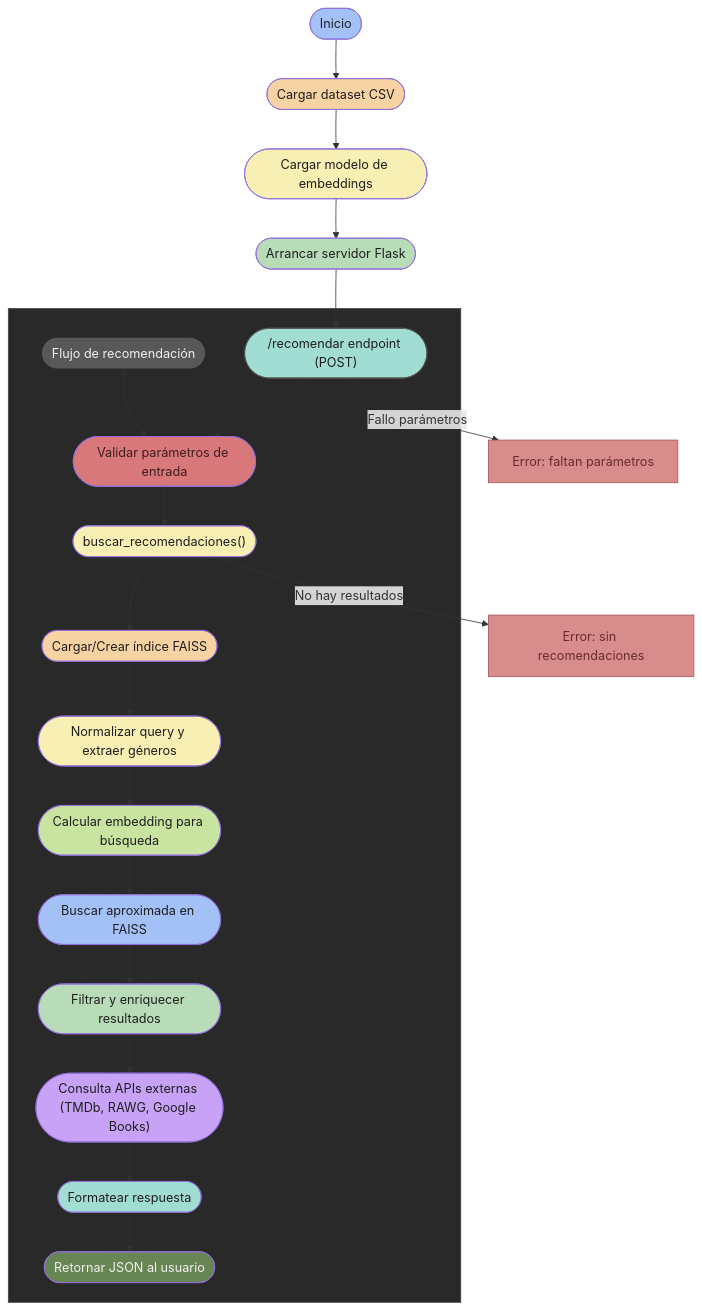
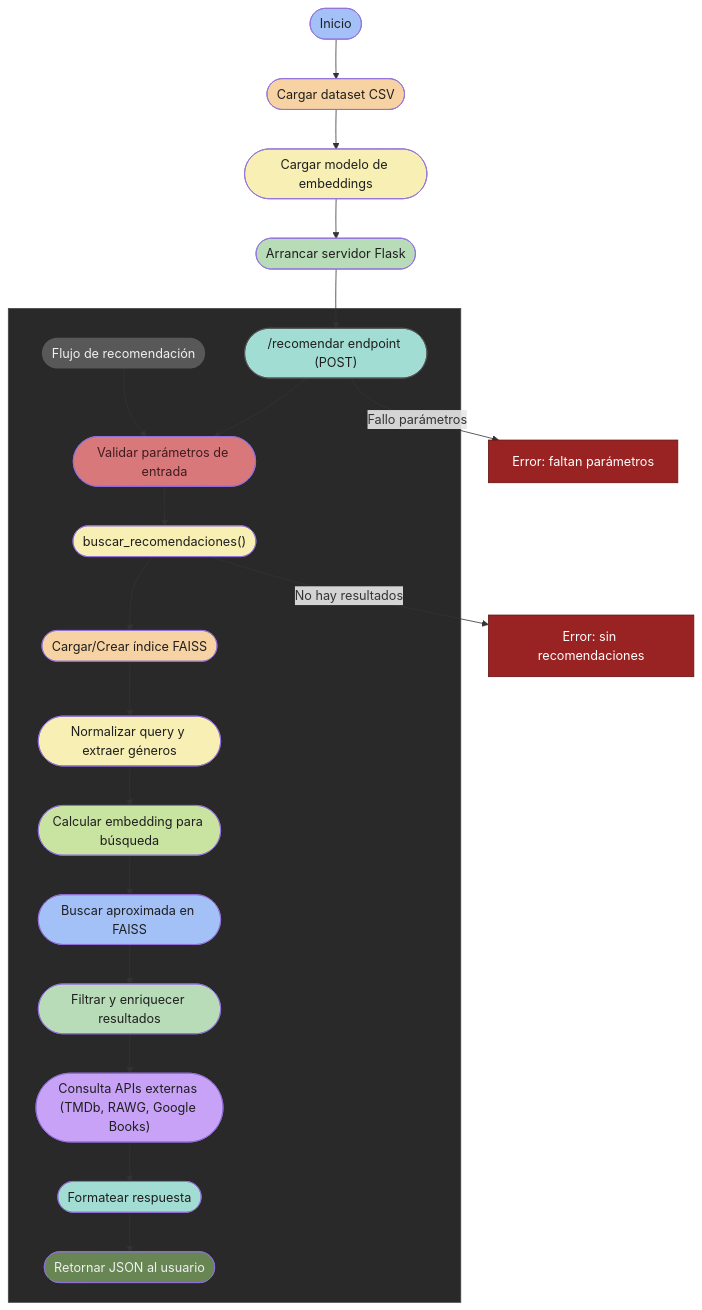
One commit to GerardoBlazquez/Sistema-de-Recomendaciones-Cruzadas changed the diagram in README.md. Above: the diagram before and after it, drawn with Mermaid.

````diff
--- a/README.md
+++ b/README.md
@@ -150,61 +150,61 @@
 ```mermaid
 flowchart TD
     INICIO([Inicio])
     LOAD_DATASET(["Cargar dataset CSV"])
     LOAD_MODEL(["Cargar modelo de embeddings"])
     START_FLASK(["Arrancar servidor Flask"])
     RECOMENDAR_ENDPOINT(["/recomendar endpoint (POST)"])
 
     INICIO --> LOAD_DATASET
     LOAD_DATASET --> LOAD_MODEL
     LOAD_MODEL --> START_FLASK
     START_FLASK --> RECOMENDAR_ENDPOINT
 
 
   subgraph Flujo_de_recomendacion[" "]
     %% Nodo título
     TITULO(["Flujo de recomendación"]):::titulo
 
     %% Conexión fantasma para fijar TITULO arriba
     TITULO --> VALIDA_PARAMS
 
     %% Flujo real
     RECOMENDAR_ENDPOINT --> VALIDA_PARAMS(["Validar parámetros de entrada"])
     VALIDA_PARAMS --> BUSCA_RECOMENDACIONES(["buscar_recomendaciones()"])
     BUSCA_RECOMENDACIONES --> DATOS_INDEX(["Cargar/Crear índice FAISS"])
     DATOS_INDEX --> NORMALIZA_QUERY(["Normalizar query y extraer géneros"])
     NORMALIZA_QUERY --> CALC_EMBEDDING(["Calcular embedding para búsqueda"])
     CALC_EMBEDDING --> FAISS_SEARCH(["Buscar aproximada en FAISS"])
     FAISS_SEARCH --> FILTRA_RESULTADOS(["Filtrar y enriquecer resultados"])
     FILTRA_RESULTADOS --> EXTERNAL_API(["Consulta APIs externas (TMDb, RAWG, Google Books)"])
     EXTERNAL_API --> FORMATEA_RESPONSE(["Formatear respuesta"])
     FORMATEA_RESPONSE --> RETURN_JSON(["Retornar JSON al usuario"])
 end
 
 classDef titulo fill:#585858,color:#f0f0f0,stroke:none;
-classDef error fill:#d98c8c,color:#6b2c2c,stroke:#a25757;
+classDef error fill:#992222,color:#ffffff,stroke:#661111;
 
 RECOMENDAR_ENDPOINT -->|Fallo parámetros| ERROR_PARAMS["Error: faltan parámetros"]:::error
 BUSCA_RECOMENDACIONES -->|No hay resultados| ERROR_NO_RESULTS["Error: sin recomendaciones"]:::error
 
 %% Estilos con colores pastel suavizados
 style INICIO fill:#a3c1f7,color:#1f1f1f
 style LOAD_DATASET fill:#f7d3a3,color:#1f1f1f
 style LOAD_MODEL fill:#f7efb3,color:#1f1f1f
 style START_FLASK fill:#b8dbb8,color:#1f1f1f
 style RECOMENDAR_ENDPOINT fill:#a2ddd4,stroke:#555555,color:#1f1f1f
 
 style VALIDA_PARAMS fill:#d9787a,color:#3f1c1e
 style BUSCA_RECOMENDACIONES fill:#f7efb3,color:#1f1f1f
 style DATOS_INDEX fill:#f7d3a3,color:#1f1f1f
 style NORMALIZA_QUERY fill:#f7efb3,color:#1f1f1f
 style CALC_EMBEDDING fill:#c9e4a1,color:#1f1f1f
 style FAISS_SEARCH fill:#a3c1f7,color:#1f1f1f
 style FILTRA_RESULTADOS fill:#b8dbb8,color:#1f1f1f
 style EXTERNAL_API fill:#c7a2f7,color:#1f1f1f
 style FORMATEA_RESPONSE fill:#a2ddd4,color:#1f1f1f
 style RETURN_JSON fill:#688654,color:#f0f0f0
 
 %% Color del subgrafo
 style Flujo_de_recomendacion fill:#292929,stroke:#444444,color:#dcdcdc
 ```
````
